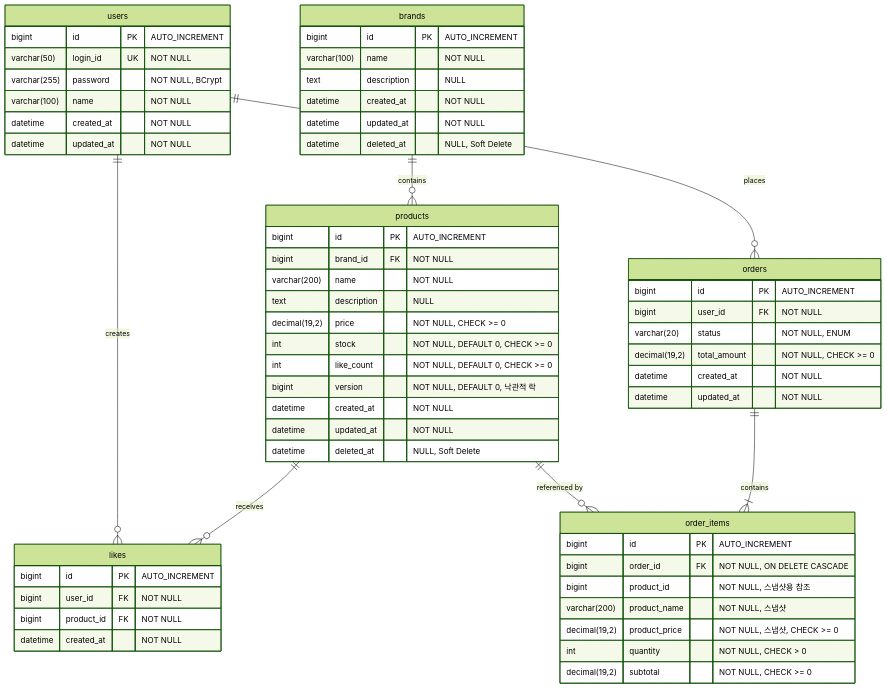
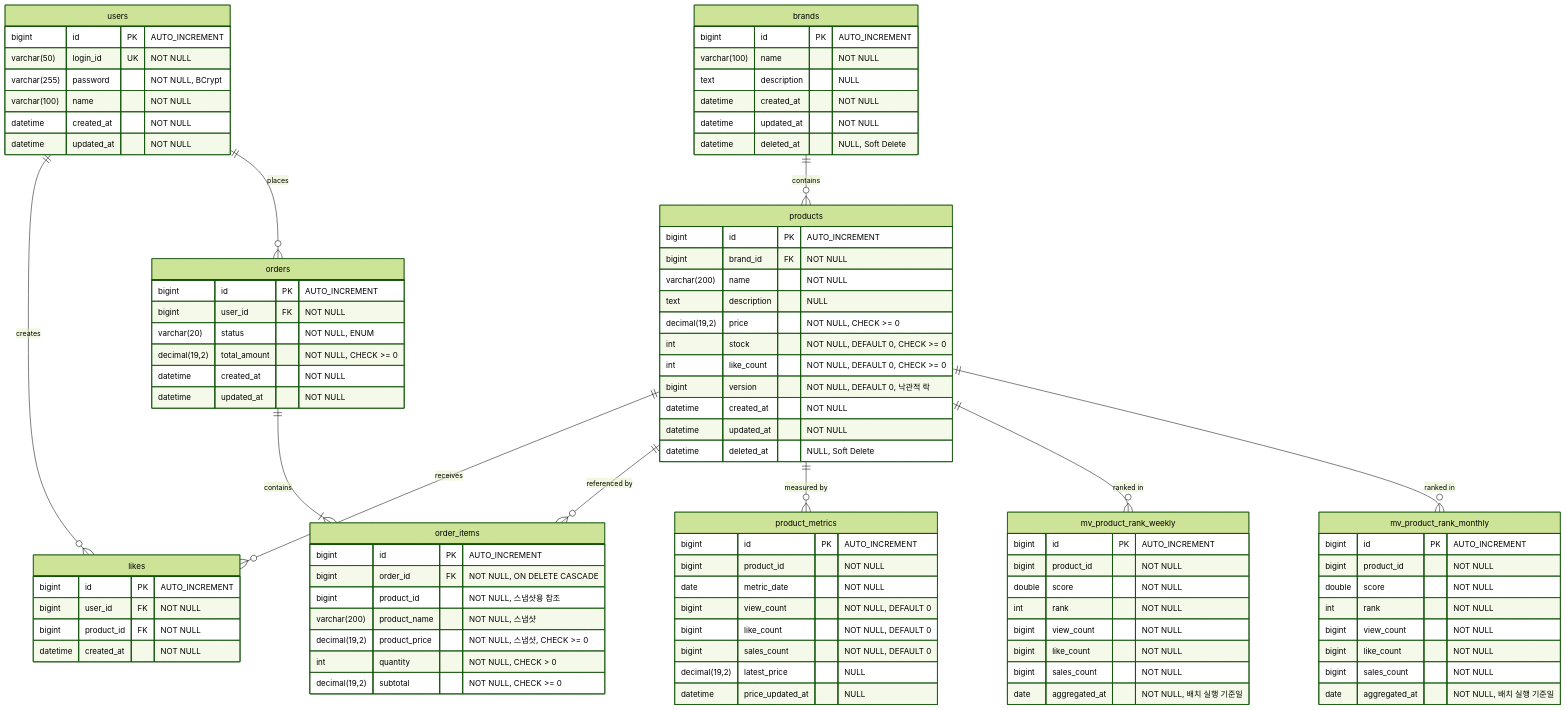
The first of 5 diagrams in docs/design/04-erd.md (kimyam1008/loop-pack-be-l2-vol3-java), drawn with Mermaid (forest theme) before and after one commit. The commit also changed other lines of this file and 2 other files, not shown here.

Commit message:
docs: 배치 랭킹 집계 설계 다이어그램 추가

````diff
--- a/docs/design/04-erd.md
+++ b/docs/design/04-erd.md
@@ -25,6 +25,9 @@
 
     products ||--o{ likes : "receives"
     products ||--o{ order_items : "referenced by"
+    products ||--o{ product_metrics : "measured by"
+    products ||--o{ mv_product_rank_weekly : "ranked in"
+    products ||--o{ mv_product_rank_monthly : "ranked in"
 
     orders ||--|{ order_items : "contains"
 
@@ -85,4 +88,37 @@
         int quantity "NOT NULL, CHECK > 0"
         decimal(19,2) subtotal "NOT NULL, CHECK >= 0"
     }
+
+    product_metrics {
+        bigint id PK "AUTO_INCREMENT"
+        bigint product_id "NOT NULL"
+        date metric_date "NOT NULL"
+        bigint view_count "NOT NULL, DEFAULT 0"
+        bigint like_count "NOT NULL, DEFAULT 0"
+        bigint sales_count "NOT NULL, DEFAULT 0"
+        decimal(19,2) latest_price "NULL"
+        datetime price_updated_at "NULL"
+    }
+
+    mv_product_rank_weekly {
+        bigint id PK "AUTO_INCREMENT"
+        bigint product_id "NOT NULL"
+        double score "NOT NULL"
+        int rank "NOT NULL"
+        bigint view_count "NOT NULL"
+        bigint like_count "NOT NULL"
+        bigint sales_count "NOT NULL"
+        date aggregated_at "NOT NULL, 배치 실행 기준일"
+    }
+
+    mv_product_rank_monthly {
+        bigint id PK "AUTO_INCREMENT"
+        bigint product_id "NOT NULL"
+        double score "NOT NULL"
+        int rank "NOT NULL"
+        bigint view_count "NOT NULL"
+        bigint like_count "NOT NULL"
+        bigint sales_count "NOT NULL"
+        date aggregated_at "NOT NULL, 배치 실행 기준일"
+    }
 ```
````
